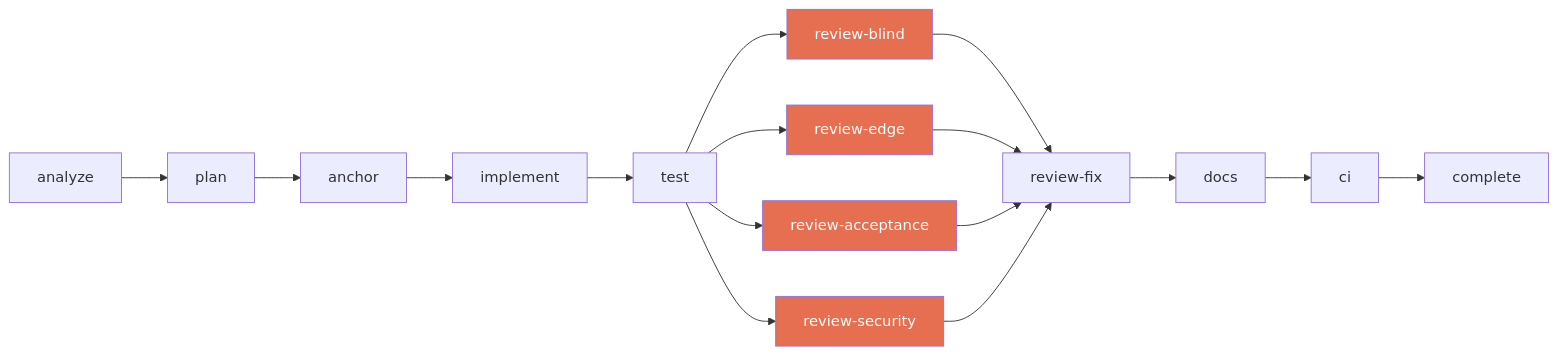
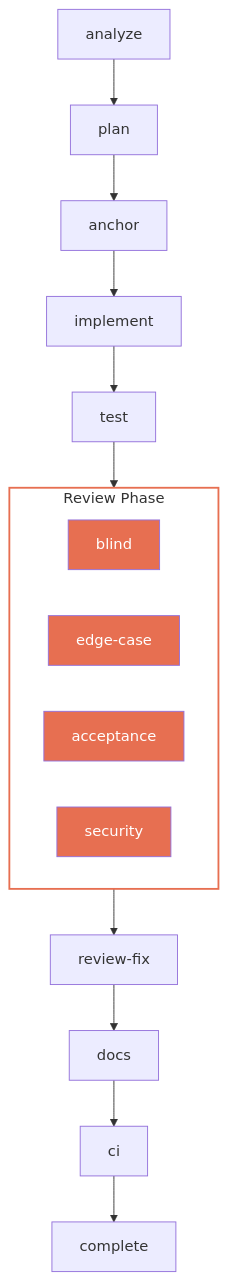
Before and after one commit to jamescrowley321/identity-stack-planning: the fourth of 4 diagrams in README.md, drawn with Mermaid. The commit also changed other lines of this file and 4 other files, not shown here.

First line of the commit message:
docs: improve readability of all Mermaid diagrams

````diff
--- a/README.md
+++ b/README.md
@@ -278,18 +291,21 @@
 ```mermaid
-flowchart LR
+flowchart TD
     A[analyze] --> P[plan] --> AN[anchor] --> I[implement] --> T[test]
-    T --> R1[review-blind]
-    T --> R2[review-edge]
-    T --> R3[review-acceptance]
-    T --> R4[review-security]
-    R1 --> RF[review-fix]
-    R2 --> RF
-    R3 --> RF
-    R4 --> RF
+
+    subgraph review["Review Phase"]
+        R1[blind]
+        R2[edge-case]
+        R3[acceptance]
+        R4[security]
+    end
+
+    T --> review
+    review --> RF[review-fix]
     RF --> D[docs] --> CI[ci] --> DONE[complete]
 
     style R1 fill:#e76f51,color:#fff
     style R2 fill:#e76f51,color:#fff
     style R3 fill:#e76f51,color:#fff
     style R4 fill:#e76f51,color:#fff
+    style review fill:none,stroke:#e76f51,stroke-width:2px
 ```
````
